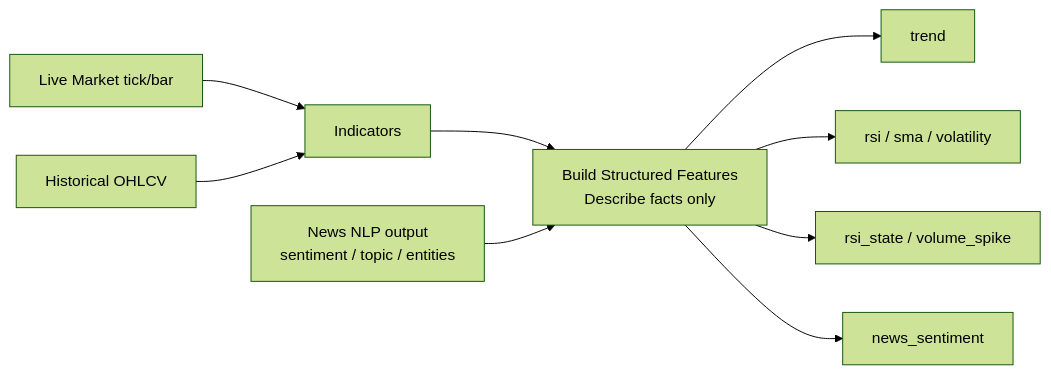
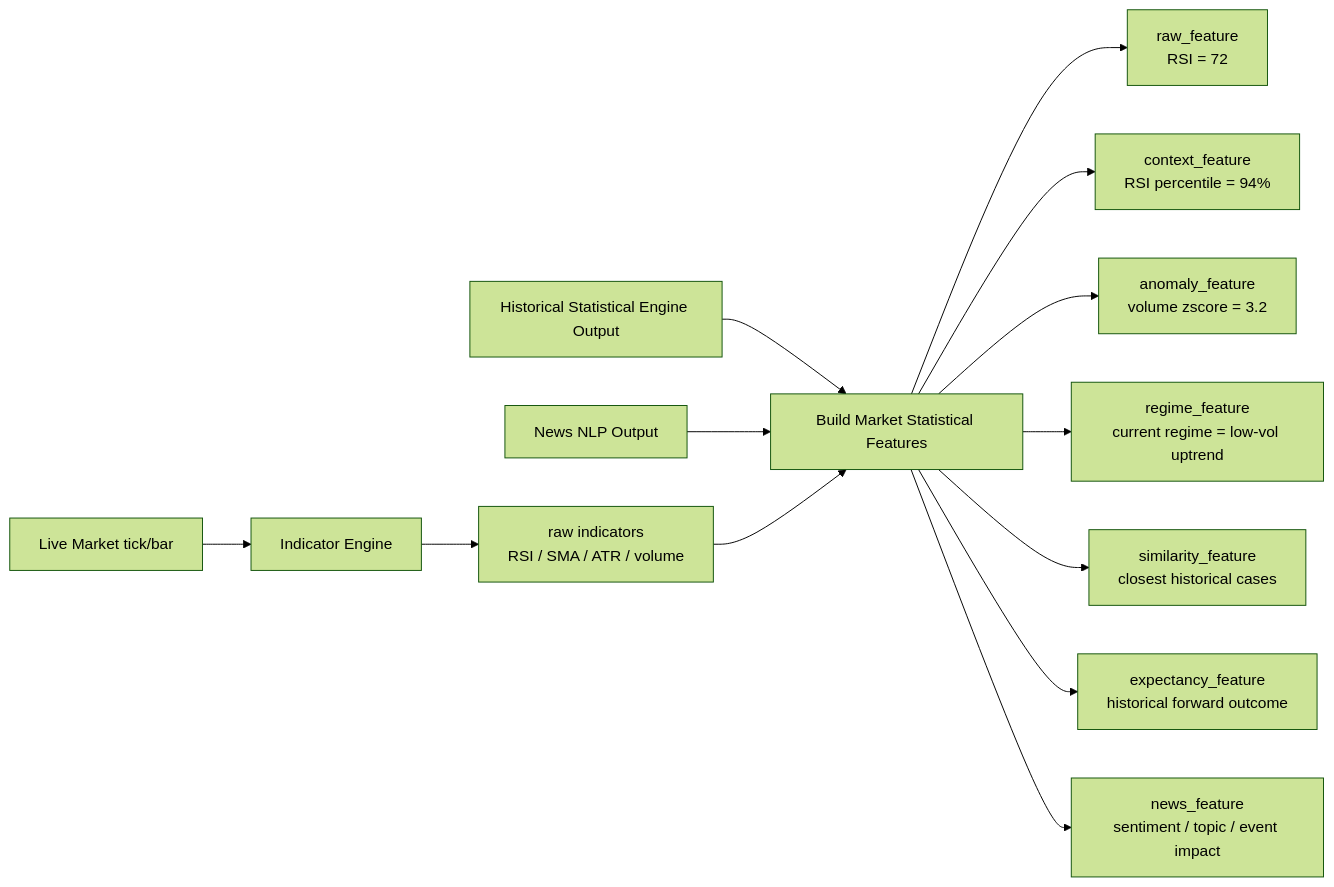
One commit to Yuqian-He/agentic-trading-workflow changed the third of 9 diagrams in README.md. Above: the diagram before and after it, drawn with Mermaid (forest theme). The commit also changed other lines of this file, not shown here.

````diff
--- a/README.md
+++ b/README.md
@@ -50,12 +72,17 @@
 ```mermaid
 graph LR
-    A[Live Market tick/bar] --> B[Indicators]
-    D[Historical OHLCV] --> B
-    B --> G1
-    N1[News NLP output<br/>sentiment / topic / entities] --> G1
+    L[Live Market tick/bar] --> I[Indicator Engine]
+    HSE[Historical Statistical Engine Output] --> G1
+    NLP[News NLP Output] --> G1
 
-    G1[Build Structured Features<br/>Describe facts only] --> O1["trend"]
-    G1 --> O2["rsi / sma / volatility"]
-    G1 --> O3["rsi_state / volume_spike"]
-    G1 --> O4["news_sentiment"]
+    I --> A1["raw indicators<br/>RSI / SMA / ATR / volume"]
+    A1 --> G1
+
+    G1[Build Market Statistical Features] --> F1["raw_feature<br/>RSI = 72"]
+    G1 --> F2["context_feature<br/>RSI percentile = 94%"]
+    G1 --> F3["anomaly_feature<br/>volume zscore = 3.2"]
+    G1 --> F4["regime_feature<br/>current regime = low-vol uptrend"]
+    G1 --> F5["similarity_feature<br/>closest historical cases"]
+    G1 --> F6["expectancy_feature<br/>historical forward outcome"]
+    G1 --> F7["news_feature<br/>sentiment / topic / event impact"]
 ```
````
